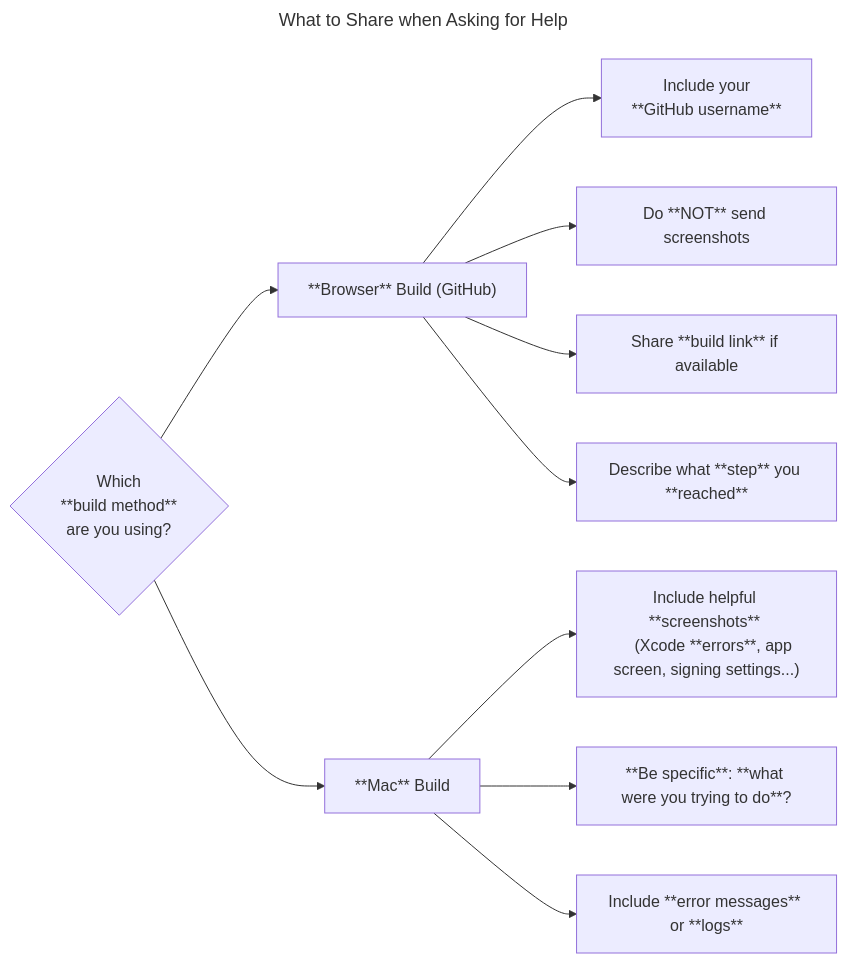
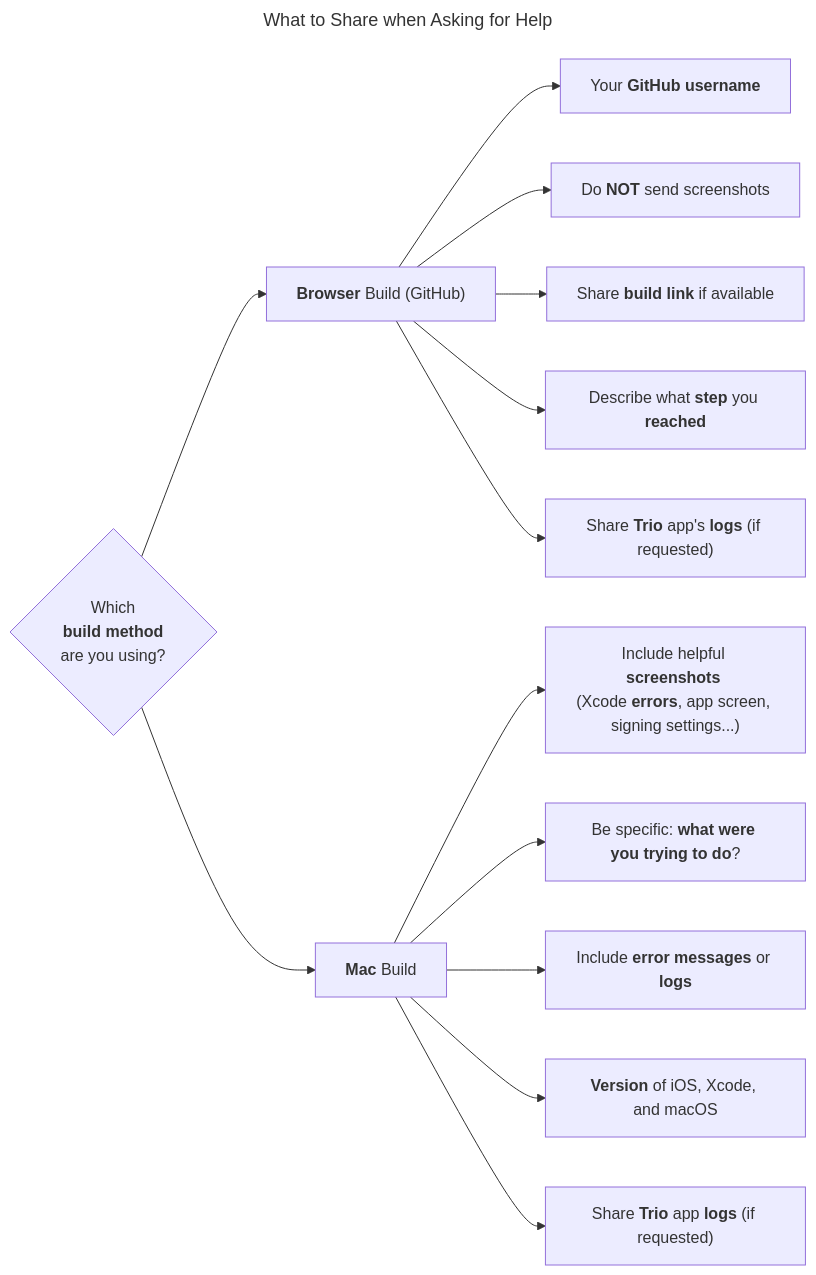
One commit to nightscout/trio-docs changed the diagram in docs/help/submit-issue.md. Above: the diagram before and after it, drawn with Mermaid. The commit also changed other lines of this file, not shown here.

Commit message:
docshelp): Add a section on what to share when asking for help

````diff
--- a/docs/help/submit-issue.md
+++ b/docs/help/submit-issue.md
@@ -58,25 +82,27 @@
 ```mermaid
 ---
 title: What to Share when Asking for Help
 ---
 flowchart LR
-	B{Which 
+	B{"`Which 
      **build method** 
-     are you using?}
+     are you using?`"}
     
-    B --> C["**Browser** Build (GitHub)"]
-    B --> D["**Mac** Build"]
+    B --> C["`**Browser** Build (GitHub)`"]
+    B --> D["`**Mac** Build`"]
 
     %% Browser Build Path
-    C --> C1["Include your 
-    **GitHub username**"]
-    C --> C2[Do **NOT** send screenshots]
-    C --> C3[Share **build link** if available]
-    C --> C4["Describe what **step** you **reached**"]
-
+    C --> C1["`Your **GitHub username**`"]
+    C --> C2["`Do **NOT** send screenshots`"]
+    C --> C3["`Share **build link** if available`"]
+    C --> C4["`Describe what **step** you **reached**`"]
+    C --> C5["`Share **Trio** app's **logs** (if requested)`"]
+    
     %% Mac Build Path
-    D --> D1["Include helpful **screenshots** 
-    (Xcode **errors**, app screen, signing settings...)"]
-    D --> D3[**Be specific**: **what were you trying to do**?]
-    D --> D4["Include **error messages** or **logs** "]
+    D --> D1["`Include helpful **screenshots** 
+    (Xcode **errors**, app screen, signing settings...)`"]
+    D --> D3["`Be specific: **what were you trying to do**?`"]
+    D --> D4["`Include **error messages** or **logs**`"]
+    D --> D5["`**Version** of iOS, Xcode, and macOS`"]
+    D --> D6["`Share **Trio** app **logs** (if requested)`"]
 ```
````
